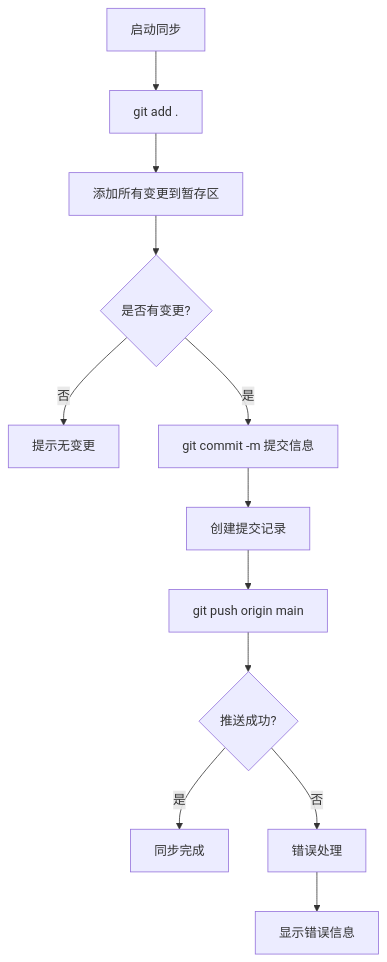
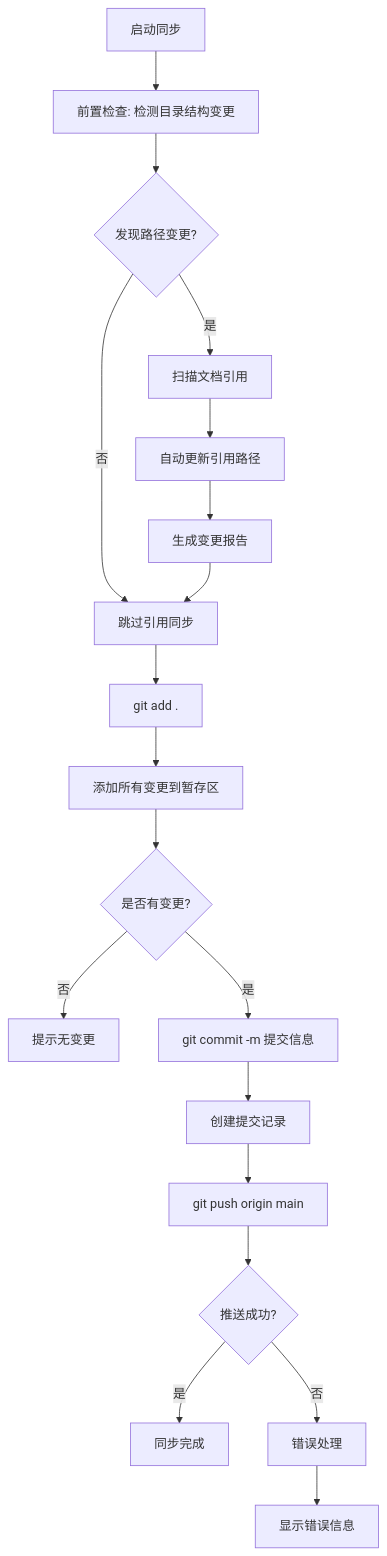
Before and after one commit to ZEN-VOID/ZTL-digital-operations-center: the diagram in .claude/commands/G.md, drawn with Mermaid. The commit also changed other lines of this file and 11 other files, not shown here.

````diff
--- a/.claude/commands/G.md
+++ b/.claude/commands/G.md
@@ -84,14 +253,21 @@
 ```mermaid
 graph TD
-    A[启动同步] --> B[git add .]
-    B --> C[添加所有变更到暂存区]
-    C --> D{是否有变更?}
-    D -->|否| E[提示无变更]
-    D -->|是| F[git commit -m 提交信息]
-    F --> G[创建提交记录]
-    G --> H[git push origin main]
-    H --> I{推送成功?}
-    I -->|是| J[同步完成]
-    I -->|否| K[错误处理]
-    K --> L[显示错误信息]
+    A[启动同步] --> B[前置检查: 检测目录结构变更]
+    B --> C{发现路径变更?}
+    C -->|是| D[扫描文档引用]
+    C -->|否| G[跳过引用同步]
+    D --> E[自动更新引用路径]
+    E --> F[生成变更报告]
+    F --> G
+    G --> H[git add .]
+    H --> I[添加所有变更到暂存区]
+    I --> J{是否有变更?}
+    J -->|否| K[提示无变更]
+    J -->|是| L[git commit -m 提交信息]
+    L --> M[创建提交记录]
+    M --> N[git push origin main]
+    N --> O{推送成功?}
+    O -->|是| P[同步完成]
+    O -->|否| Q[错误处理]
+    Q --> R[显示错误信息]
 ```
````
